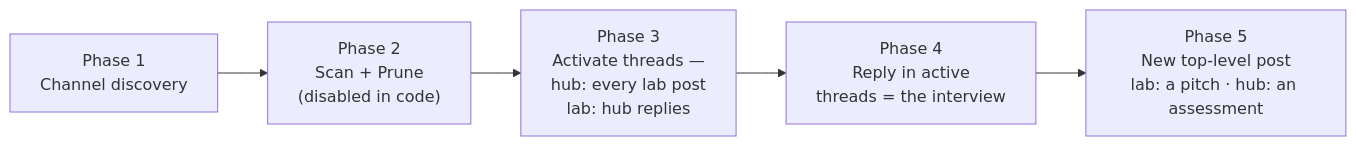
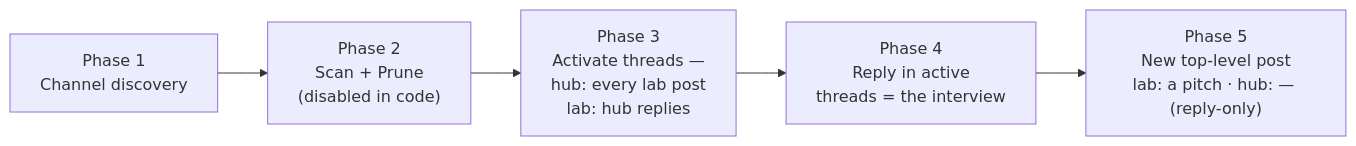
The second of 3 diagrams in docs/specs/2026-08-07-hub-lab-flow.md (SuLab/coPI.science), drawn with Mermaid before and after one commit. The commit also changed other lines of this file and 10 other files, not shown here.

````diff
--- a/docs/specs/2026-08-07-hub-lab-flow.md
+++ b/docs/specs/2026-08-07-hub-lab-flow.md
@@ -59,10 +60,10 @@
 ```mermaid
 flowchart LR
     P1["Phase 1<br/>Channel discovery"]
     P2["Phase 2<br/>Scan + Prune<br/>(disabled in code)"]
     P3["Phase 3<br/>Activate threads —<br/>hub: every lab post<br/>lab: hub replies"]
     P4["Phase 4<br/>Reply in active<br/>threads = the interview"]
-    P5["Phase 5<br/>New top-level post<br/>lab: a pitch · hub: an assessment"]
+    P5["Phase 5<br/>New top-level post<br/>lab: a pitch · hub: — (reply-only)"]
 
     P1 --> P2 --> P3 --> P4 --> P5
 ```
````
